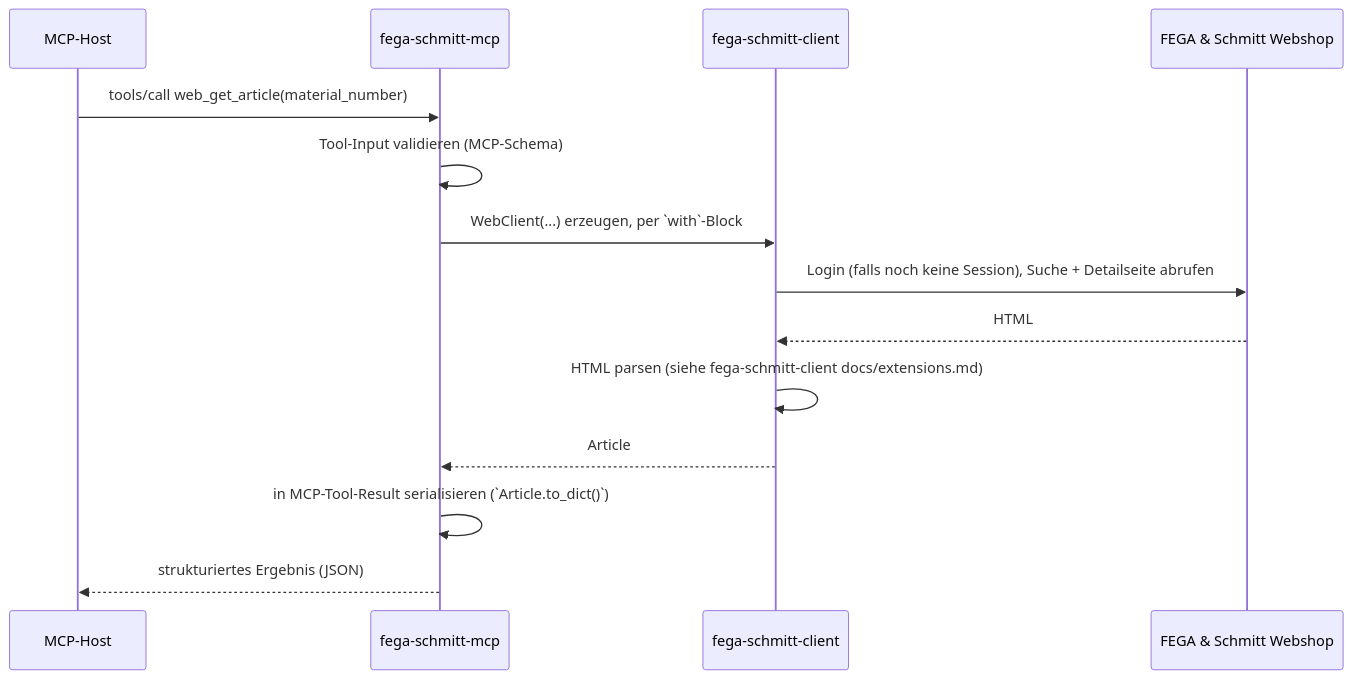
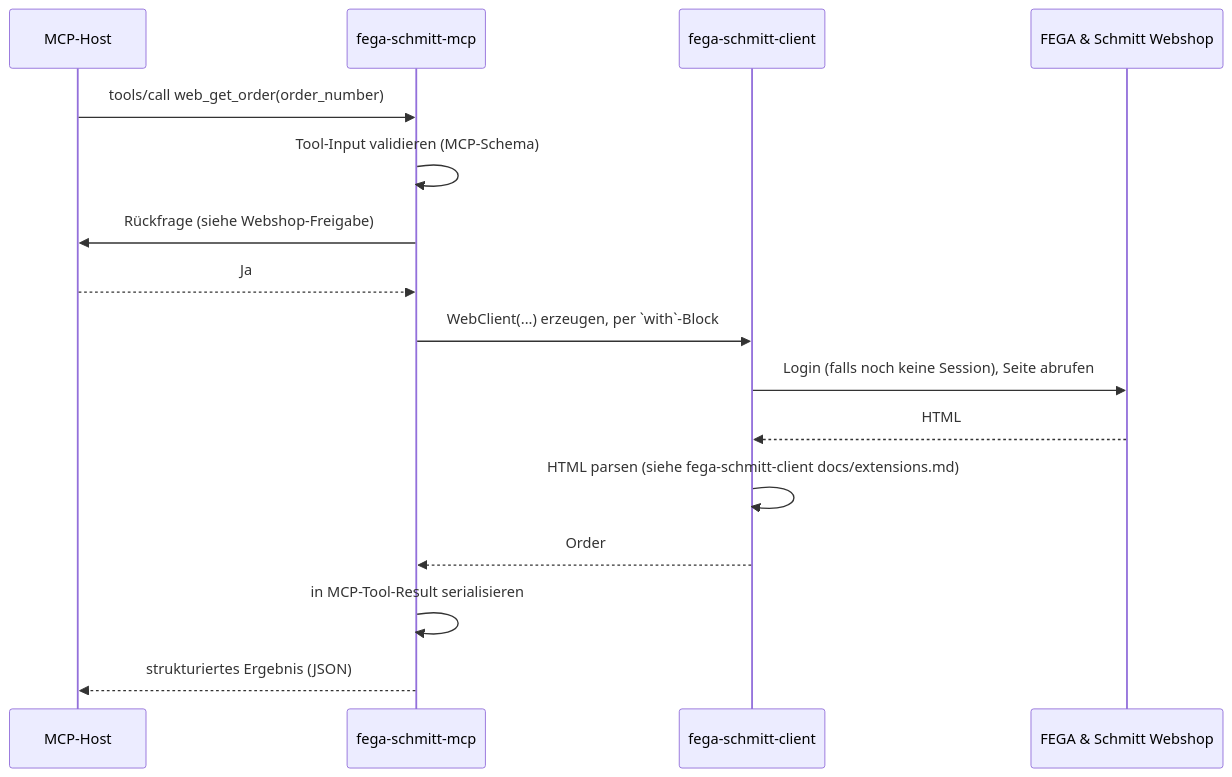
The fourth of 4 diagrams in docs/architecture.md (the78mole/fega-schmitt-mcp), drawn with Mermaid before and after one commit. The commit also changed other lines of this file and 9 other files, not shown here.

````diff
--- a/docs/architecture.md
+++ b/docs/architecture.md
@@ -67,17 +115,19 @@
 ```mermaid
 sequenceDiagram
     participant Host as MCP-Host
     participant Server as fega-schmitt-mcp
     participant Lib as fega-schmitt-client
     participant Shop as FEGA & Schmitt Webshop
 
-    Host->>Server: tools/call web_get_article(material_number)
+    Host->>Server: tools/call web_get_order(order_number)
     Server->>Server: Tool-Input validieren (MCP-Schema)
+    Server->>Host: Rückfrage (siehe Webshop-Freigabe)
+    Host-->>Server: Ja
     Server->>Lib: WebClient(...) erzeugen, per `with`-Block
-    Lib->>Shop: Login (falls noch keine Session), Suche + Detailseite abrufen
+    Lib->>Shop: Login (falls noch keine Session), Seite abrufen
     Shop-->>Lib: HTML
     Lib->>Lib: HTML parsen (siehe fega-schmitt-client docs/extensions.md)
-    Lib-->>Server: Article
-    Server->>Server: in MCP-Tool-Result serialisieren (`Article.to_dict()`)
+    Lib-->>Server: Order
+    Server->>Server: in MCP-Tool-Result serialisieren
     Server-->>Host: strukturiertes Ergebnis (JSON)
 ```
````
